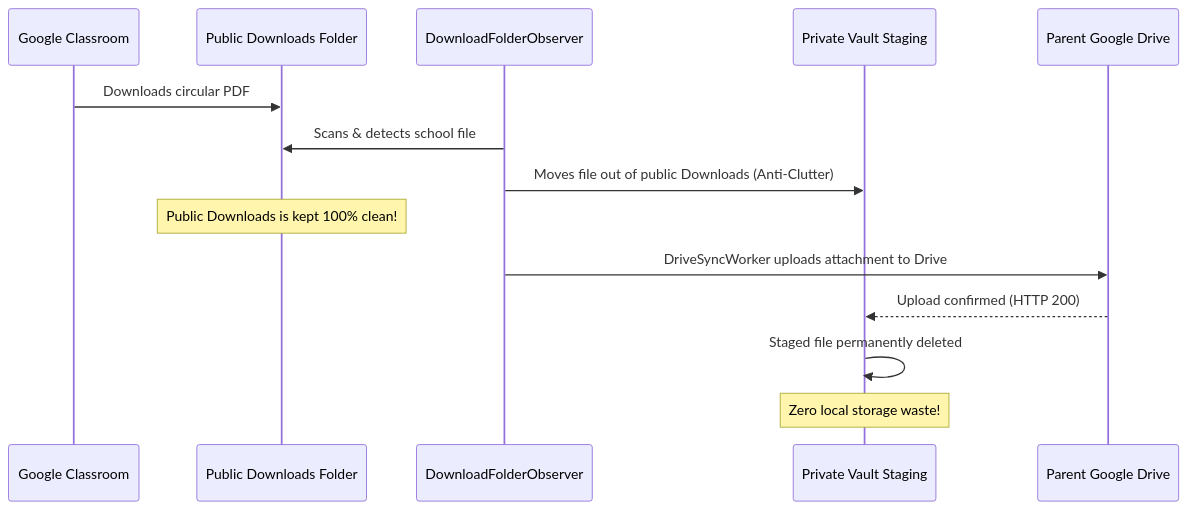
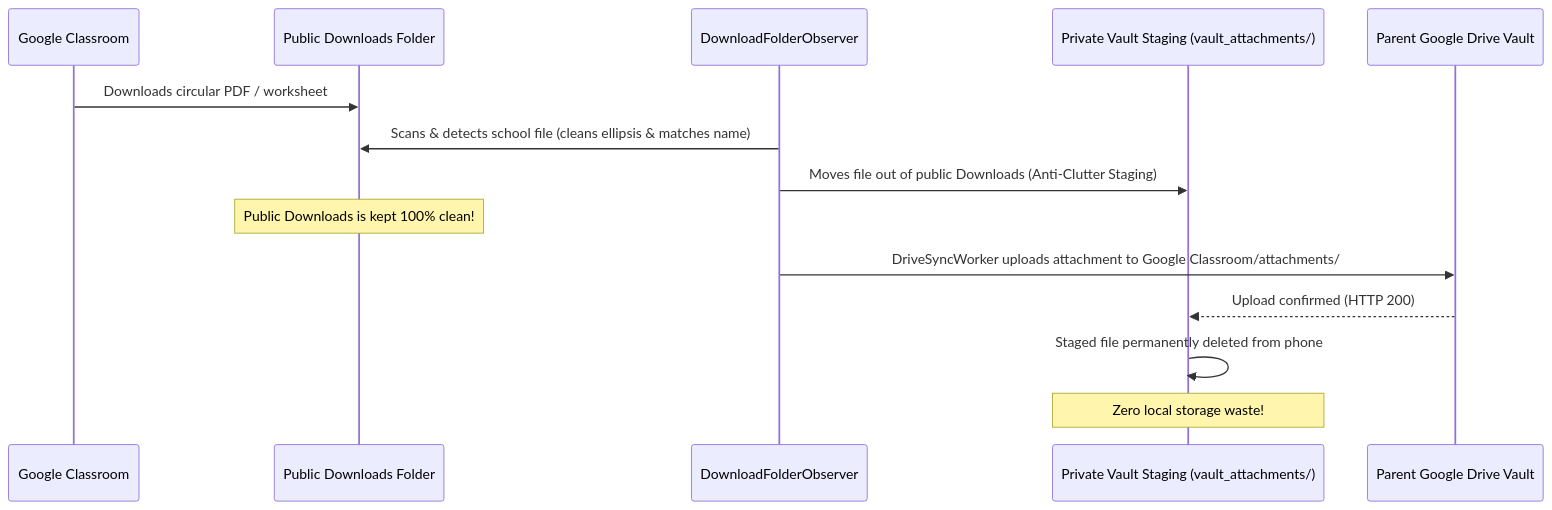
One commit to daarshnicsanjeev/K.I.D.S changed the third of 4 diagrams in docs/USER_MANUAL.md. Above: the diagram before and after it, drawn with Mermaid. The commit also changed other lines of this file and 11 other files, not shown here.

````diff
--- a/docs/USER_MANUAL.md
+++ b/docs/USER_MANUAL.md
@@ -282,17 +282,17 @@
 ```mermaid
 sequenceDiagram
     participant GC as Google Classroom
     participant PUB as Public Downloads Folder
     participant OBS as DownloadFolderObserver
-    participant STAGE as Private Vault Staging
-    participant DRIVE as Parent Google Drive
+    participant STAGE as Private Vault Staging (vault_attachments/)
+    participant DRIVE as Parent Google Drive Vault
 
-    GC->>PUB: Downloads circular PDF
-    OBS->>PUB: Scans & detects school file
-    OBS->>STAGE: Moves file out of public Downloads (Anti-Clutter)
+    GC->>PUB: Downloads circular PDF / worksheet
+    OBS->>PUB: Scans & detects school file (cleans ellipsis & matches name)
+    OBS->>STAGE: Moves file out of public Downloads (Anti-Clutter Staging)
     Note over PUB: Public Downloads is kept 100% clean!
-    OBS->>DRIVE: DriveSyncWorker uploads attachment to Drive
+    OBS->>DRIVE: DriveSyncWorker uploads attachment to Google Classroom/attachments/
     DRIVE-->>STAGE: Upload confirmed (HTTP 200)
-    STAGE->>STAGE: Staged file permanently deleted
+    STAGE->>STAGE: Staged file permanently deleted from phone
     Note over STAGE: Zero local storage waste!
 ```
````
